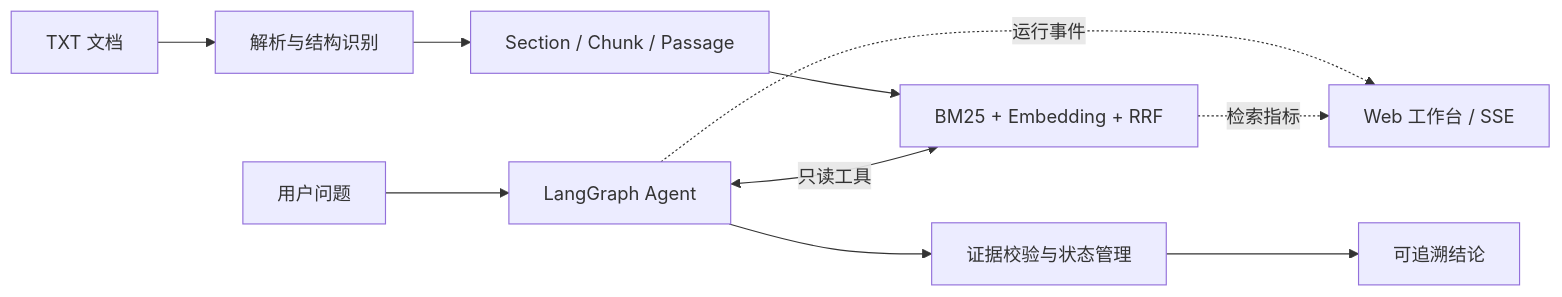
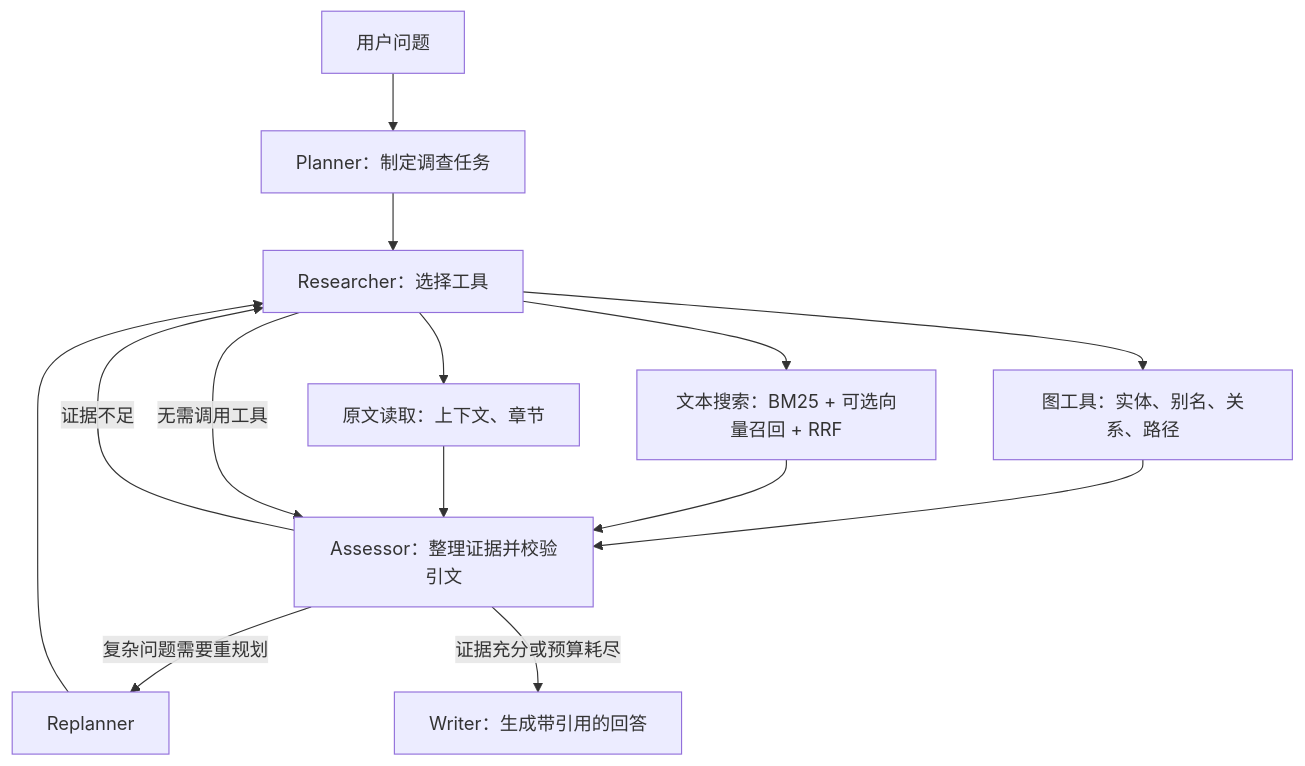
The diagram in README.md (daluan2000/novel_tracer), drawn with Mermaid before and after one commit. The commit also changed other lines of this file, not shown here.

Commit message:
Refactor README.md for clarity and conciseness; update installation instructions, agent workflow, and system capabilities. Enhance navigation and structure for better user experience.

````diff
--- a/README.md
+++ b/README.md
@@ -72,12 +67,16 @@
 ```mermaid
-flowchart LR
-    U[TXT 文档] --> C[解析与结构识别]
-    C --> P[Section / Chunk / Passage]
-    P --> R[BM25 + Embedding + RRF]
-    Q[用户问题] --> A[LangGraph Agent]
-    A <-->|只读工具| R
-    A --> E[证据校验与状态管理]
-    E --> O[可追溯结论]
-    A -.运行事件.-> W[Web 工作台 / SSE]
-    R -.检索指标.-> W
+flowchart TD
+    Q[用户问题] --> P[Planner：制定调查任务]
+    P --> R[Researcher：选择工具]
+    R --> G[图工具：实体、别名、关系、路径]
+    R --> T[文本搜索：BM25 + 可选向量召回 + RRF]
+    R --> C[原文读取：上下文、章节]
+    G --> A[Assessor：整理证据并校验引文]
+    T --> A
+    C --> A
+    R -->|无需调用工具| A
+    A -->|证据不足| R
+    A -->|复杂问题需要重规划| RP[Replanner]
+    RP --> R
+    A -->|证据充分或预算耗尽| W[Writer：生成带引用的回答]
 ```
````
